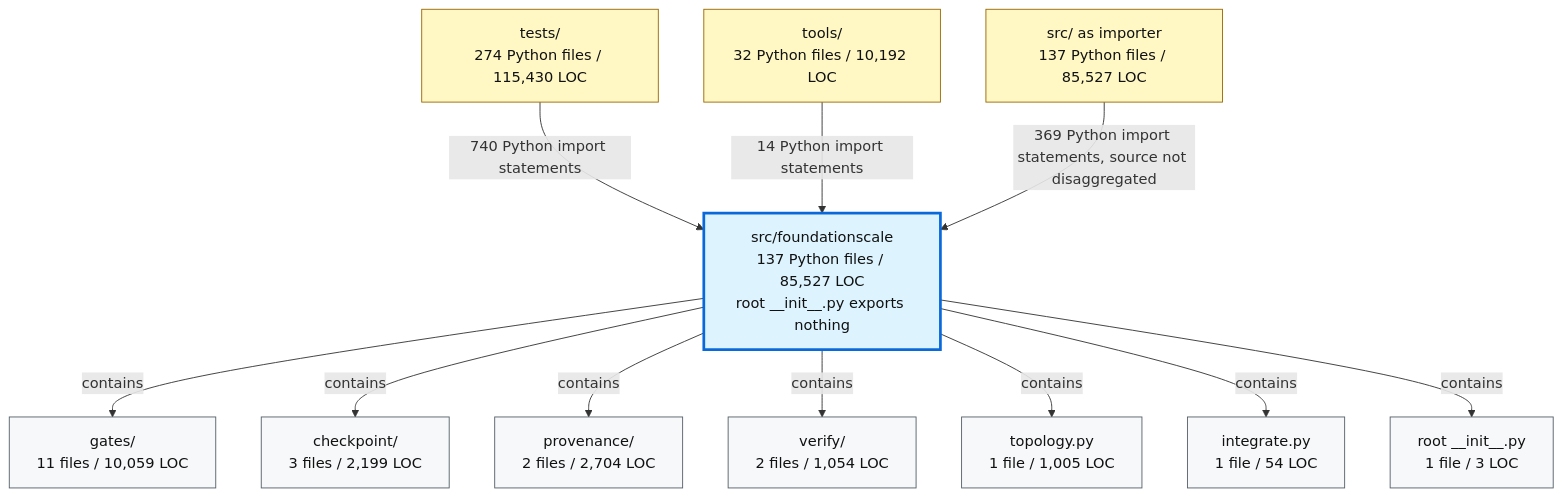
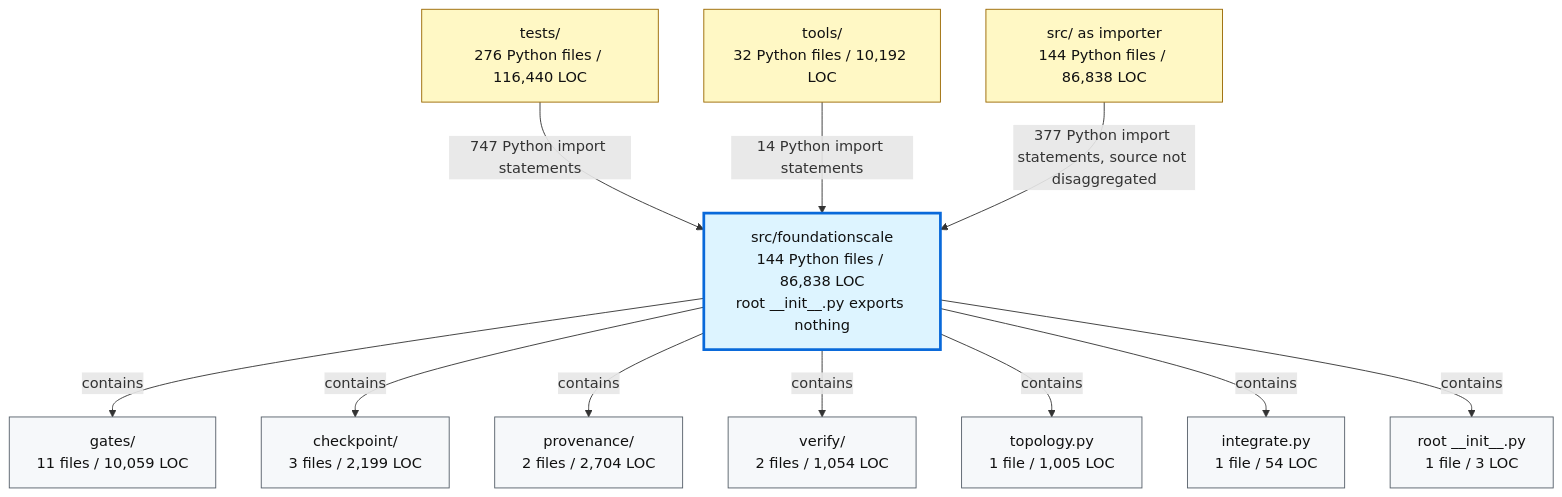
The second of 2 diagrams in docs/review/D2_current_architecture.md (TranNhiem/FoundationScale), drawn with Mermaid before and after one commit. The commit also changed other lines of this file and 10 other files, not shown here.

````diff
--- a/docs/review/D2_current_architecture.md
+++ b/docs/review/D2_current_architecture.md
@@ -97,36 +97,36 @@
 ```mermaid
 flowchart TB
-  TESTS["tests/<br/>274 Python files / 115,430 LOC"]
+  TESTS["tests/<br/>276 Python files / 116,440 LOC"]
   TOOLS["tools/<br/>32 Python files / 10,192 LOC"]
-  SRC["src/ as importer<br/>137 Python files / 85,527 LOC"]
+  SRC["src/ as importer<br/>144 Python files / 86,838 LOC"]
 
-  FS["src/foundationscale<br/>137 Python files / 85,527 LOC<br/>root __init__.py exports nothing"]
+  FS["src/foundationscale<br/>144 Python files / 86,838 LOC<br/>root __init__.py exports nothing"]
 
   GATES["gates/<br/>11 files / 10,059 LOC"]
   CKPT["checkpoint/<br/>3 files / 2,199 LOC"]
   PROV["provenance/<br/>2 files / 2,704 LOC"]
   VERIFY["verify/<br/>2 files / 1,054 LOC"]
   TOPO["topology.py<br/>1 file / 1,005 LOC"]
   INTEG["integrate.py<br/>1 file / 54 LOC"]
   ROOT["root __init__.py<br/>1 file / 3 LOC"]
 
-  TESTS -->|"740 Python import statements"| FS
+  TESTS -->|"747 Python import statements"| FS
   TOOLS -->|"14 Python import statements"| FS
-  SRC -->|"369 Python import statements, source not disaggregated"| FS
+  SRC -->|"377 Python import statements, source not disaggregated"| FS
 
   FS -->|"contains"| GATES
   FS -->|"contains"| CKPT
   FS -->|"contains"| PROV
   FS -->|"contains"| VERIFY
   FS -->|"contains"| TOPO
   FS -->|"contains"| INTEG
   FS -->|"contains"| ROOT
 
   classDef consumer fill:#fff8c5,stroke:#9a6700,color:#111;
   classDef package fill:#ddf4ff,stroke:#0969da,stroke-width:3px,color:#111;
   classDef module fill:#f6f8fa,stroke:#57606a,color:#111;
 
   class TESTS,TOOLS,SRC consumer;
   class FS package;
   class GATES,CKPT,PROV,VERIFY,TOPO,INTEG,ROOT module;
 ```
````
